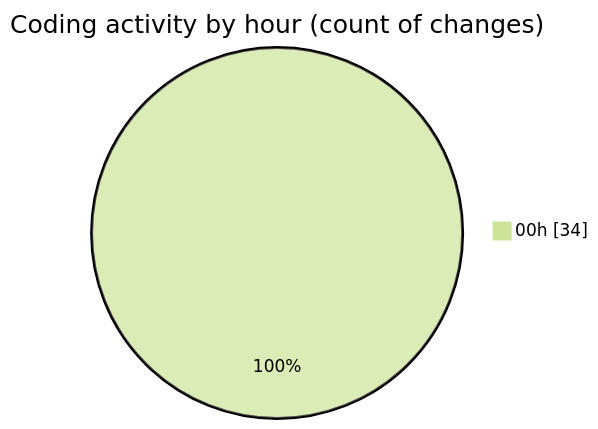
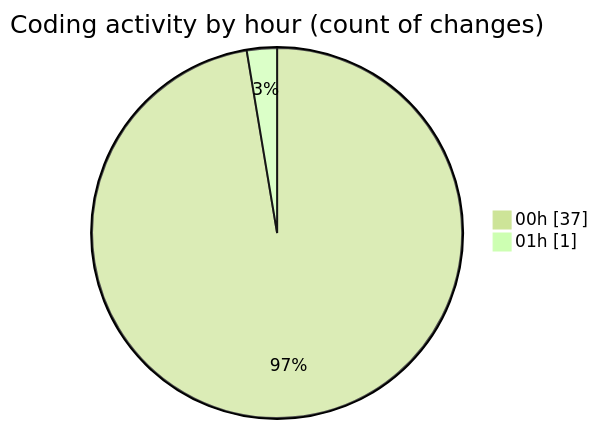
One commit to julien-gomy/code-tracking changed the second of 2 diagrams in 2025-11-20/eventscop-frontend-guide__workspace_/README.md. Above: the diagram before and after it, drawn with Mermaid (forest theme). The commit also changed other lines of this file and 1 other file, not shown here.

````diff
--- a/2025-11-20/eventscop-frontend-guide__workspace_/README.md
+++ b/2025-11-20/eventscop-frontend-guide__workspace_/README.md
@@ -42,5 +42,6 @@
 ```mermaid
 pie showData
 title Coding activity by hour (count of changes)
-"00h" : 34
+"00h" : 37
+"01h" : 1
 ```
````
